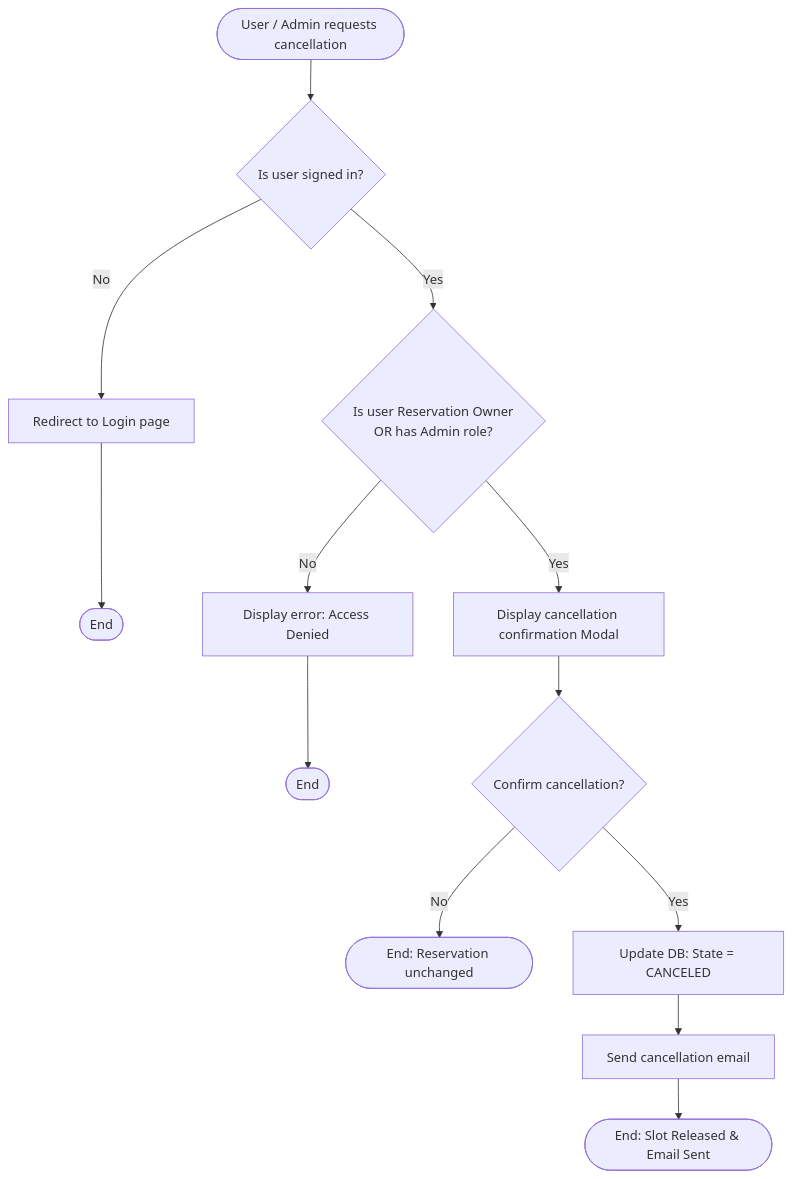
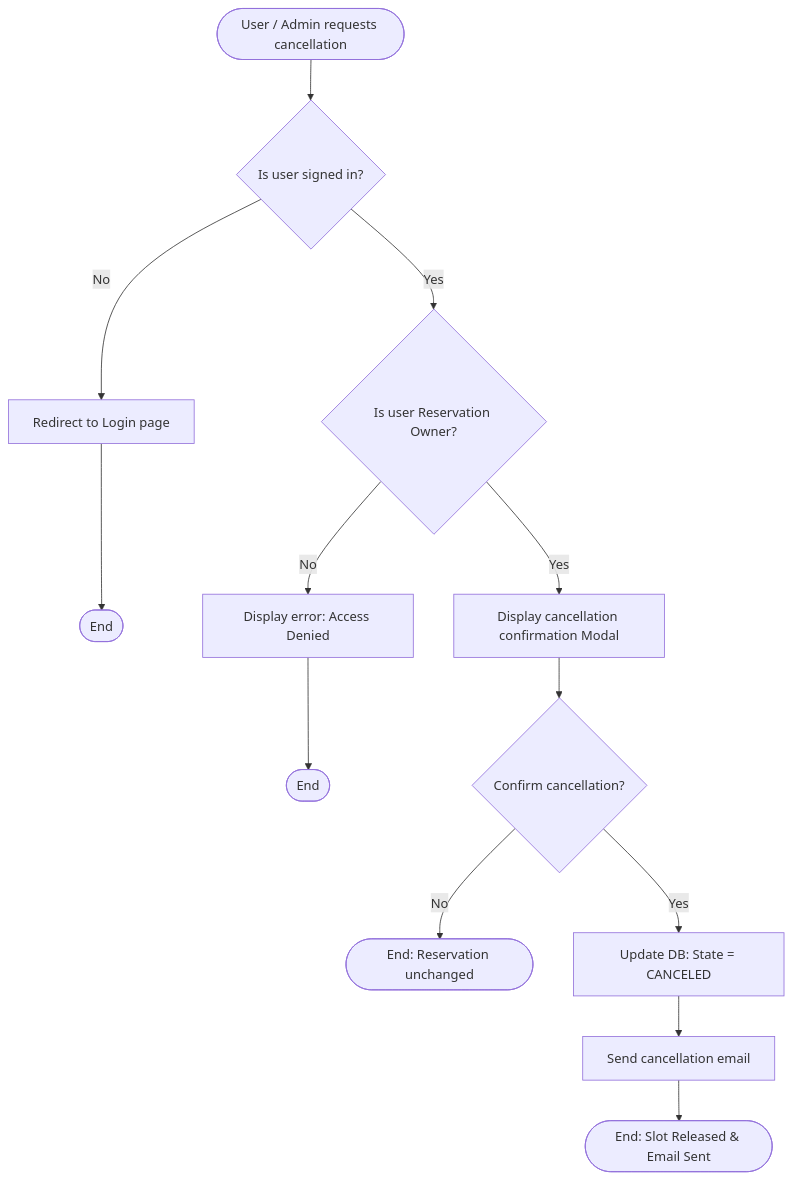
One commit to bad-account/reservation_system changed the fourth of 4 diagrams in docs/c02-diagrams.md. Above: the diagram before and after it, drawn with Mermaid.

````diff
--- a/docs/c02-diagrams.md
+++ b/docs/c02-diagrams.md
@@ -77,20 +77,20 @@
 ```mermaid
 flowchart TD
     Start([User / Admin requests cancellation]) --> AuthCheck{Is user signed in?}
     
     AuthCheck -- No --> LoginRedirect[Redirect to Login page] --> EndLogin([End])
     
-    AuthCheck -- Yes --> PermCheck{Is user Reservation Owner<br/>OR has Admin role?}
+    AuthCheck -- Yes --> PermCheck{Is user Reservation Owner?}
     
     PermCheck -- No --> ErrPerm[Display error: Access Denied] --> EndPerm([End])
     
     PermCheck -- Yes --> ConfirmModal[Display cancellation confirmation Modal]
     
     ConfirmModal --> Choice{Confirm cancellation?}
     
     Choice -- No --> KeepRes([End: Reservation unchanged])
     
     Choice -- Yes --> UpdateDB[Update DB: State = CANCELED]
     UpdateDB --> SendEmail[Send cancellation email]
     SendEmail --> EndSuccess([End: Slot Released & Email Sent])
 ```
````
